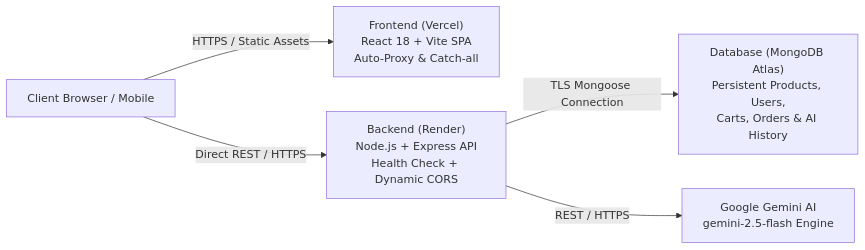
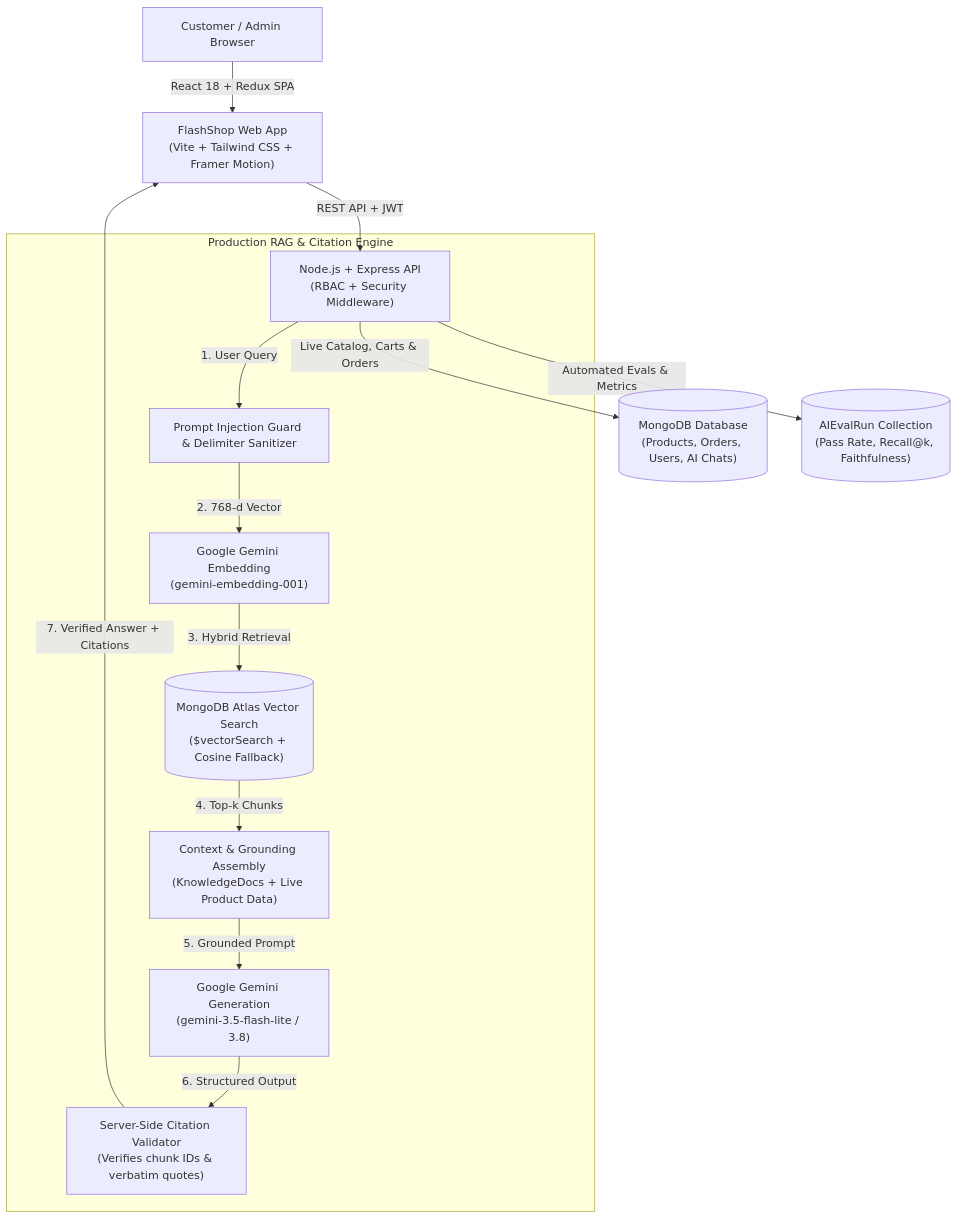
One commit to Gulshankartikk/e-commerce-website changed the diagram in README.md. Above: the diagram before and after it, drawn with Mermaid. The commit also changed other lines of this file and 25 other files, not shown here.

Commit message:
feat(rag): implement production RAG with verified citations, automated LLM evaluations and admin dashboard

````diff
--- a/README.md
+++ b/README.md
@@ -58,7 +70,18 @@
 ```mermaid
-flowchart LR
-    Browser["Client Browser / Mobile"] -->|"HTTPS / Static Assets"| Vercel["Frontend (Vercel)\nReact 18 + Vite SPA\nAuto-Proxy & Catch-all"]
-    Browser -->|"Direct REST / HTTPS"| Render["Backend (Render)\nNode.js + Express API\nHealth Check + Dynamic CORS"]
-    Render -->|"TLS Mongoose Connection"| Atlas["Database (MongoDB Atlas)\nPersistent Products, Users,\nCarts, Orders & AI History"]
-    Render -->|"REST / HTTPS"| Gemini["Google Gemini AI\ngemini-2.5-flash Engine"]
+flowchart TD
+    User["Customer / Admin Browser"] -->|"React 18 + Redux SPA"| Frontend["FlashShop Web App\n(Vite + Tailwind CSS + Framer Motion)"]
+    Frontend -->|"REST API + JWT"| Backend["Node.js + Express API\n(RBAC + Security Middleware)"]
+
+    subgraph RAG_Engine ["Production RAG & Citation Engine"]
+        Backend -->|"1. User Query"| Sanitizer["Prompt Injection Guard & Delimiter Sanitizer"]
+        Sanitizer -->|"2. 768-d Vector"| Embedder["Google Gemini Embedding\n(gemini-embedding-001)"]
+        Embedder -->|"3. Hybrid Retrieval"| VectorDB[("MongoDB Atlas Vector Search\n($vectorSearch + Cosine Fallback)")]
+        VectorDB -->|"4. Top-k Chunks"| ContextBuilder["Context & Grounding Assembly\n(KnowledgeDocs + Live Product Data)"]
+        ContextBuilder -->|"5. Grounded Prompt"| LLM["Google Gemini Generation\n(gemini-3.5-flash-lite / 3.8)"]
+        LLM -->|"6. Structured Output"| CitationValidator["Server-Side Citation Validator\n(Verifies chunk IDs & verbatim quotes)"]
+    end
+
+    CitationValidator -->|"7. Verified Answer + Citations"| Frontend
+    Backend -->|"Live Catalog, Carts & Orders"| MongoCatalog[("MongoDB Database\n(Products, Orders, Users, AI Chats)")]
+    Backend -->|"Automated Evals & Metrics"| EvalDB[("AIEvalRun Collection\n(Pass Rate, Recall@k, Faithfulness)")]
 ```
````
